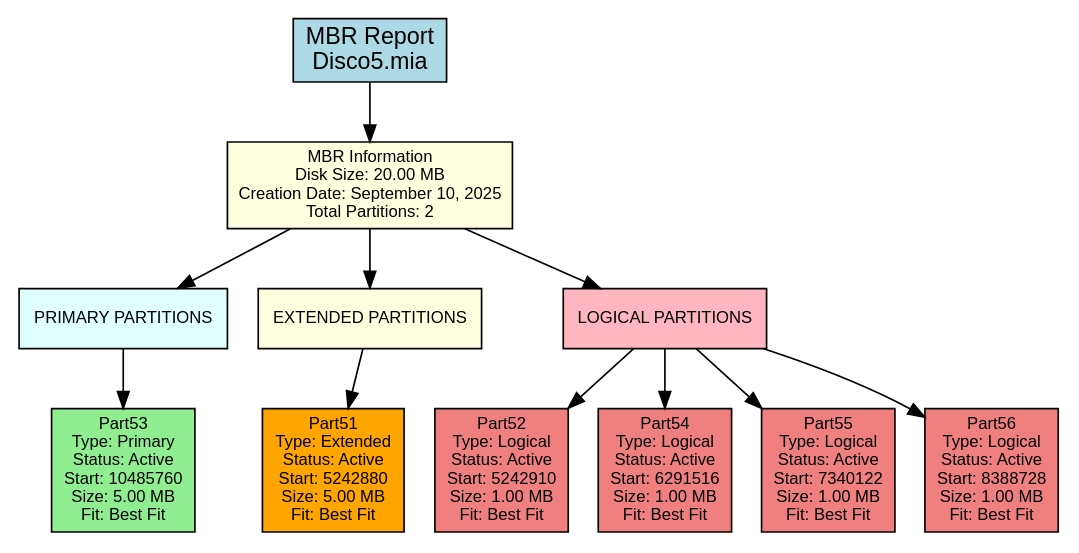
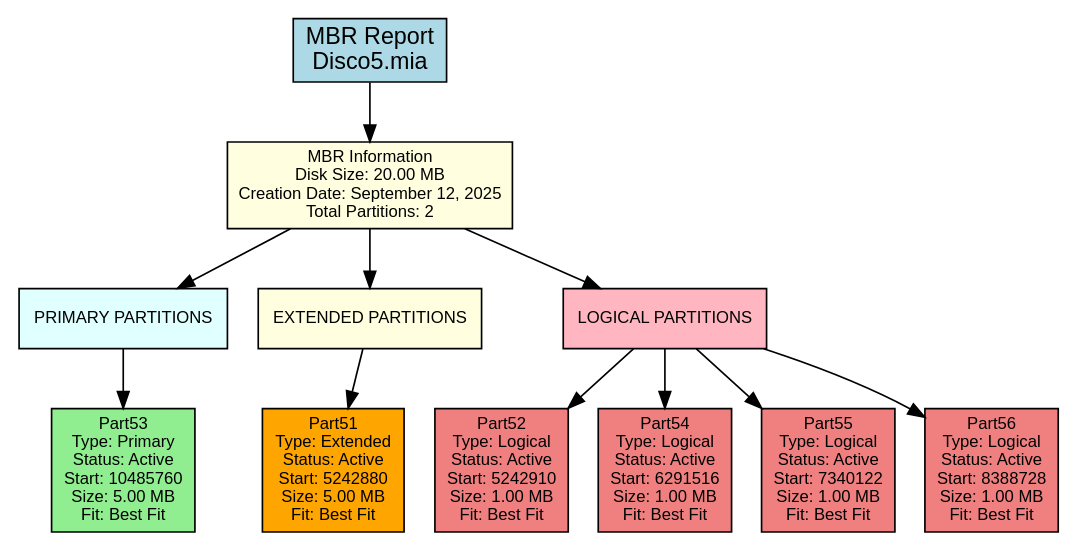
One commit to DiegVas/MIA_2S2025_P1_202300638 changed the diagram in backend/provider/reports/src/mbr_381C.dot. Above: the diagram before and after it, drawn with Graphviz. The commit also changed 10 other files, not shown here.

```diff
--- a/backend/provider/reports/src/mbr_381C.dot
+++ b/backend/provider/reports/src/mbr_381C.dot
@@ -1,34 +1,34 @@
 digraph MBR_Report {
     rankdir=TB;
     node [shape=box, style=filled];
     graph [fontname="Arial", fontsize=12];
     node [fontname="Arial", fontsize=10];
     edge [fontname="Arial"];
 
     title [label="MBR Report\nDisco5.mia", fillcolor=lightblue, fontsize=14];
 
-    mbr_info [label="MBR Information\nDisk Size: 20.00 MB\nCreation Date: September 10, 2025\nTotal Partitions: 2", fillcolor=lightyellow];
+    mbr_info [label="MBR Information\nDisk Size: 20.00 MB\nCreation Date: September 12, 2025\nTotal Partitions: 2", fillcolor=lightyellow];
 
     primary_section [label="PRIMARY PARTITIONS", shape=box, style=filled, fillcolor=lightcyan];
     primary_0 [label="Part53\nType: Primary\nStatus: Active\nStart: 10485760\nSize: 5.00 MB\nFit: Best Fit", fillcolor=lightgreen];
     primary_section -> primary_0;
 
     extended_section [label="EXTENDED PARTITIONS", shape=box, style=filled, fillcolor=lightyellow];
     extended_0 [label="Part51\nType: Extended\nStatus: Active\nStart: 5242880\nSize: 5.00 MB\nFit: Best Fit", fillcolor=orange];
     extended_section -> extended_0;
 
     logical_section [label="LOGICAL PARTITIONS", shape=box, style=filled, fillcolor=lightpink];
     logical_0 [label="Part52\nType: Logical\nStatus: Active\nStart: 5242910\nSize: 1.00 MB\nFit: Best Fit", fillcolor=lightcoral];
     logical_section -> logical_0;
     logical_1 [label="Part54\nType: Logical\nStatus: Active\nStart: 6291516\nSize: 1.00 MB\nFit: Best Fit", fillcolor=lightcoral];
     logical_section -> logical_1;
     logical_2 [label="Part55\nType: Logical\nStatus: Active\nStart: 7340122\nSize: 1.00 MB\nFit: Best Fit", fillcolor=lightcoral];
     logical_section -> logical_2;
     logical_3 [label="Part56\nType: Logical\nStatus: Active\nStart: 8388728\nSize: 1.00 MB\nFit: Best Fit", fillcolor=lightcoral];
     logical_section -> logical_3;
 
     title -> mbr_info;
     mbr_info -> primary_section;
     mbr_info -> extended_section;
     mbr_info -> logical_section;
 }
```
